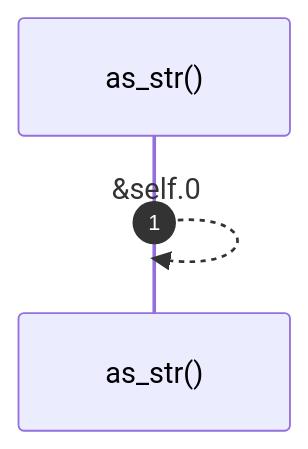
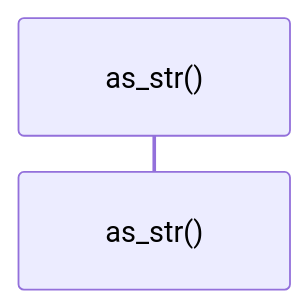
Before and after one commit to RyanGuild/self-describing-code: the second of 3 diagrams in docs/self-model/robby_ir/kind/impl-kind.md, drawn with Mermaid. The commit also changed other lines of this file and 1404 other files, not shown here.

````diff
--- a/docs/self-model/robby_ir/kind/impl-kind.md
+++ b/docs/self-model/robby_ir/kind/impl-kind.md
@@ -68,6 +109,5 @@
 ```mermaid
 sequenceDiagram
     autonumber
     participant as_str as as_str()
-    as_str-->>as_str: &self.0
 ```
````
